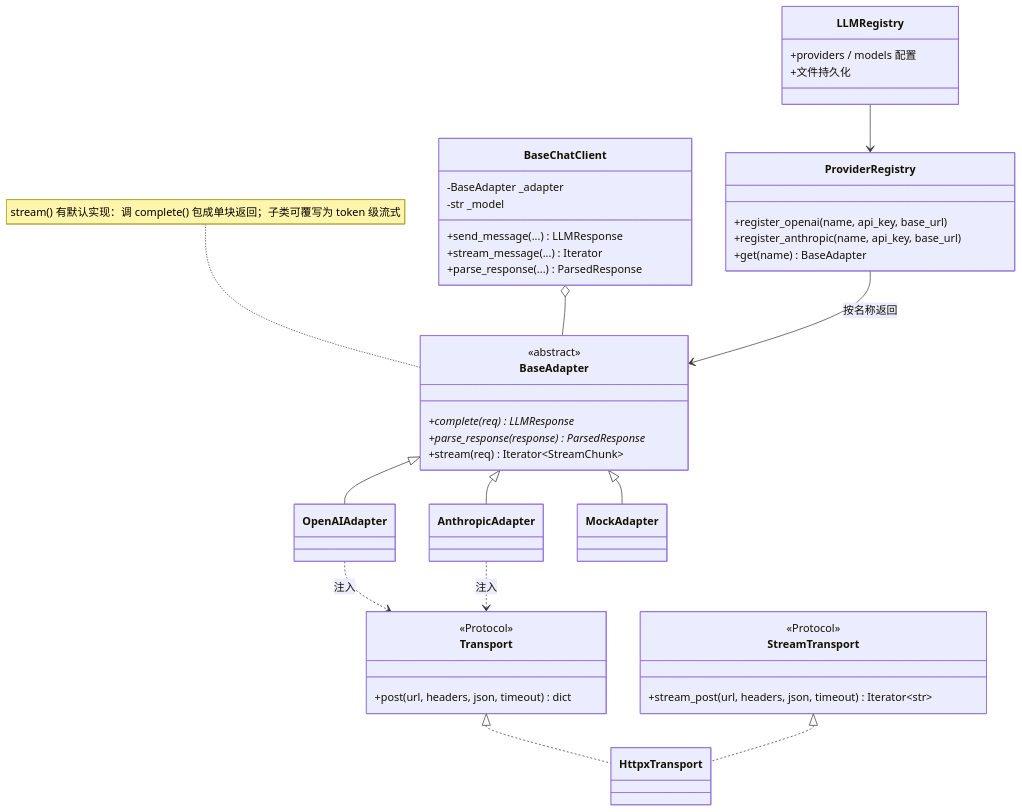
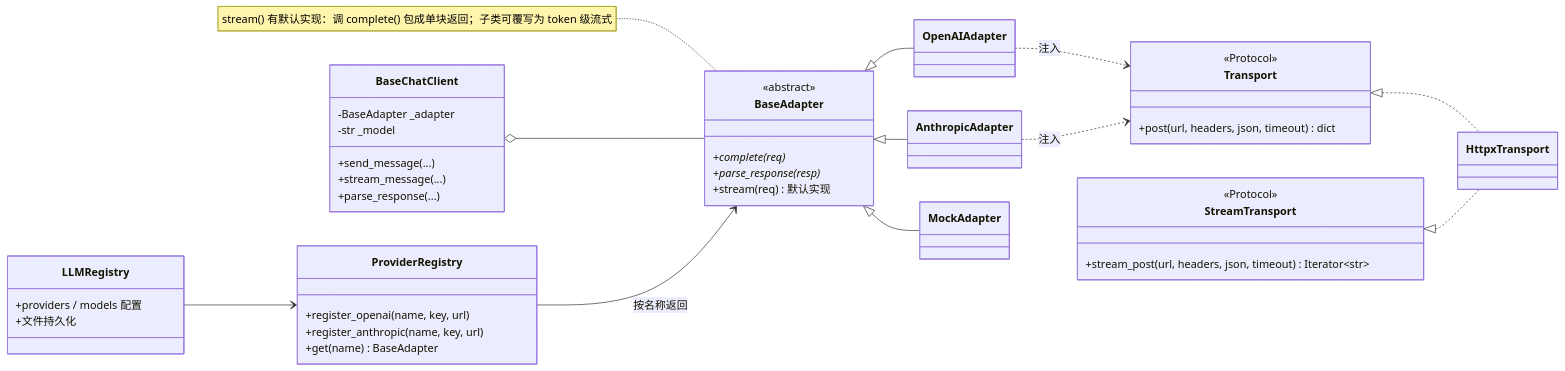
One commit to XingLiyin/miniAgentsDemo changed the diagram in diagrams/4_class_llm.mmd. Above: the diagram before and after it, drawn with Mermaid. The commit also changed 13 other files, not shown here.

```diff
--- a/diagrams/4_class_llm.mmd
+++ b/diagrams/4_class_llm.mmd
@@ -1,52 +1,52 @@
 classDiagram
-    direction TB
+    direction LR
 
     class Transport {
         <<Protocol>>
         +post(url, headers, json, timeout) dict
     }
     class StreamTransport {
         <<Protocol>>
         +stream_post(url, headers, json, timeout) Iterator~str~
     }
     class HttpxTransport
 
     class BaseAdapter {
         <<abstract>>
-        +complete(req) LLMResponse*
-        +parse_response(response) ParsedResponse*
-        +stream(req) Iterator~StreamChunk~
+        +complete(req)*
+        +parse_response(resp)*
+        +stream(req) 默认实现
     }
     class OpenAIAdapter
     class AnthropicAdapter
     class MockAdapter
 
     class BaseChatClient {
         -BaseAdapter _adapter
         -str _model
-        +send_message(...) LLMResponse
-        +stream_message(...) Iterator
-        +parse_response(...) ParsedResponse
+        +send_message(...)
+        +stream_message(...)
+        +parse_response(...)
     }
 
     class ProviderRegistry {
-        +register_openai(name, api_key, base_url)
-        +register_anthropic(name, api_key, base_url)
+        +register_openai(name, key, url)
+        +register_anthropic(name, key, url)
         +get(name) BaseAdapter
     }
     class LLMRegistry {
         +providers / models 配置
         +文件持久化
     }
 
     Transport <|.. HttpxTransport
     StreamTransport <|.. HttpxTransport
     BaseAdapter <|-- OpenAIAdapter
     BaseAdapter <|-- AnthropicAdapter
     BaseAdapter <|-- MockAdapter
     BaseChatClient o-- BaseAdapter
     OpenAIAdapter ..> Transport : 注入
     AnthropicAdapter ..> Transport : 注入
     ProviderRegistry --> BaseAdapter : 按名称返回
     LLMRegistry --> ProviderRegistry
     note for BaseAdapter "stream() 有默认实现：调 complete() 包成单块返回；子类可覆写为 token 级流式"
```
